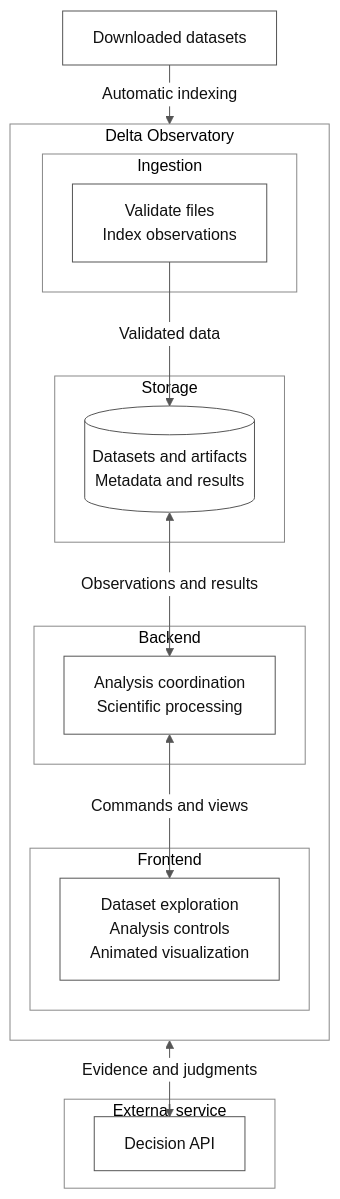
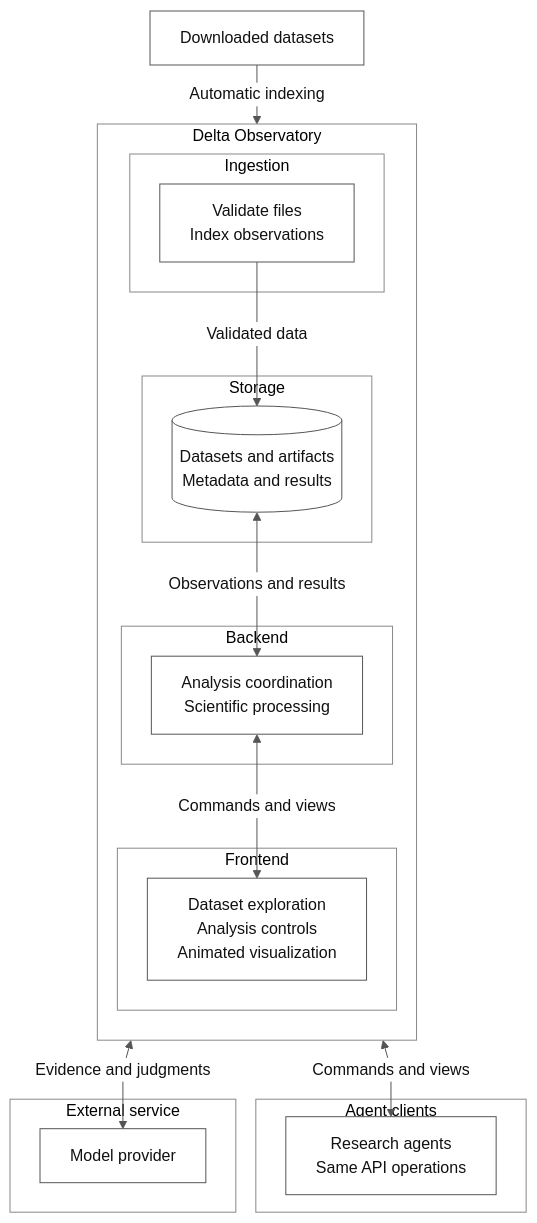
The diagram in DESIGN.md (delta-observatory/delta-observatory), drawn with Mermaid before and after one commit. The commit also changed other lines of this file and 1 other file, not shown here.

First line of the commit message:
Define the agent control surface in the design and roadmap

````diff
--- a/DESIGN.md
+++ b/DESIGN.md
@@ -65,36 +66,42 @@
 ```mermaid
 %%{init: {"theme":"base","themeVariables":{"primaryColor":"#ffffff","primaryTextColor":"#111111","primaryBorderColor":"#555555","lineColor":"#555555","clusterBkg":"#ffffff","clusterBorder":"#888888","fontFamily":"Arial"},"flowchart":{"curve":"linear","nodeSpacing":40,"rankSpacing":35}}}%%
 flowchart TB
     Datasets["Downloaded datasets"]
 
     subgraph Observatory["Delta Observatory"]
         direction TB
 
         subgraph Import["Ingestion"]
             Loader["Validate files<br/>Index observations"]
         end
 
         subgraph Persistence["Storage"]
             Data[("Datasets and artifacts<br/>Metadata and results")]
         end
 
         subgraph Application["Backend"]
             Core["Analysis coordination<br/>Scientific processing"]
         end
 
         subgraph Client["Frontend"]
             Web["Dataset exploration<br/>Analysis controls<br/>Animated visualization"]
         end
 
         Loader -->|"Validated data"| Data
         Data <-->|"Observations and results"| Core
         Core <-->|"Commands and views"| Web
     end
 
+    subgraph AgentClients["Agent clients"]
+        Agents["Research agents<br/>Same API operations"]
+    end
+
     subgraph External["External service"]
-        Decisions["Decision API"]
+        Decisions["Model provider"]
     end
+
+    Core <-->|"Commands and views"| Agents
 
     Datasets -->|"Automatic indexing"| Loader
     Core <-->|"Evidence and judgments"| Decisions
 ```
````
